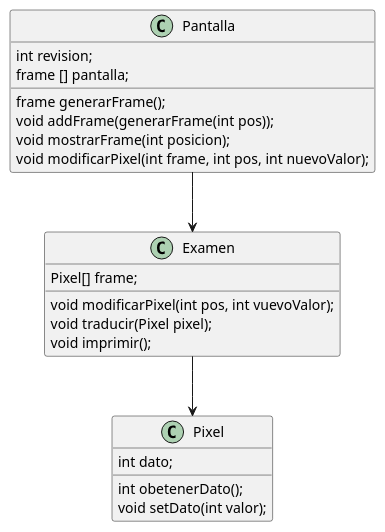
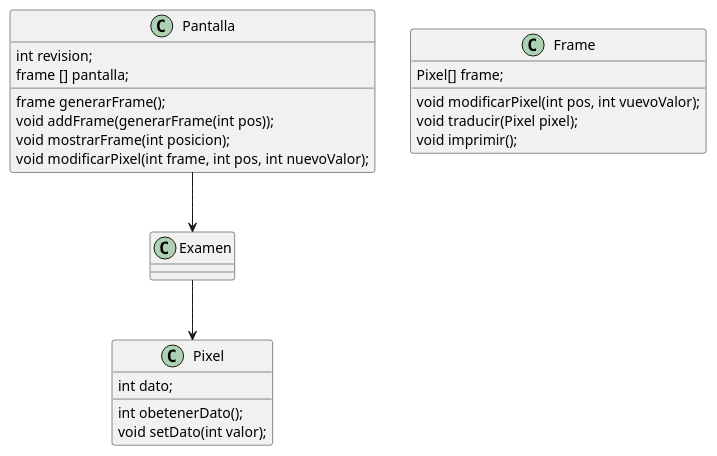
The diagram in entregas/castilloCayetano/reto-000/plantUML/ejercicio1.puml (mmasias/24-25-EDA2), drawn with PlantUML before and after one commit.

```diff
--- a/entregas/castilloCayetano/reto-000/plantUML/ejercicio1.puml
+++ b/entregas/castilloCayetano/reto-000/plantUML/ejercicio1.puml
@@ -1,27 +1,27 @@
 @startuml
 class Pixel {
 int dato;
 int obetenerDato();
 void setDato(int valor);
 }
 
-class Examen {
+class Frame {
 Pixel[] frame;
 void modificarPixel(int pos, int vuevoValor);
 void traducir(Pixel pixel);
 void imprimir();
 
 }
 class Pantalla {
 int revision;
 frame [] pantalla;
 frame generarFrame();
 void addFrame(generarFrame(int pos));
 void mostrarFrame(int posicion);
 void modificarPixel(int frame, int pos, int nuevoValor);
 }
 
 Pantalla --> Examen
 Examen --> Pixel
 
 @enduml
```
